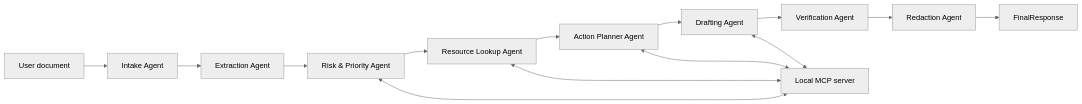
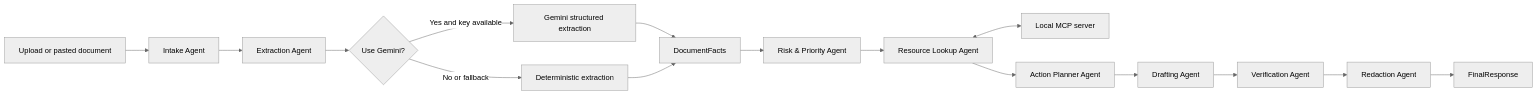
Before and after one commit to Jeevang1-epic/nextstep-agent: the diagram in docs/architecture.md, drawn with Mermaid (neutral theme). The commit also changed other lines of this file and 20 other files, not shown here.

````diff
--- a/docs/architecture.md
+++ b/docs/architecture.md
@@ -5,16 +5,18 @@
 ```mermaid
 flowchart LR
-    A["User document"] --> B["Intake Agent"]
+    A["Upload or pasted document"] --> B["Intake Agent"]
     B --> C["Extraction Agent"]
-    C --> D["Risk & Priority Agent"]
-    D --> E["Resource Lookup Agent"]
-    E --> F["Action Planner Agent"]
-    F --> G["Drafting Agent"]
-    G --> H["Verification Agent"]
-    H --> I["Redaction Agent"]
-    I --> J["FinalResponse"]
-    E <--> K["Local MCP server"]
-    D <--> K
-    F <--> K
-    G <--> K
+    C --> D{"Use Gemini?"}
+    D -->|Yes and key available| E["Gemini structured extraction"]
+    D -->|No or fallback| F["Deterministic extraction"]
+    E --> G["DocumentFacts"]
+    F --> G
+    G --> H["Risk & Priority Agent"]
+    H --> I["Resource Lookup Agent"]
+    I <--> J["Local MCP server"]
+    I --> K["Action Planner Agent"]
+    K --> L["Drafting Agent"]
+    L --> M["Verification Agent"]
+    M --> N["Redaction Agent"]
+    N --> O["FinalResponse"]
 ```
````
